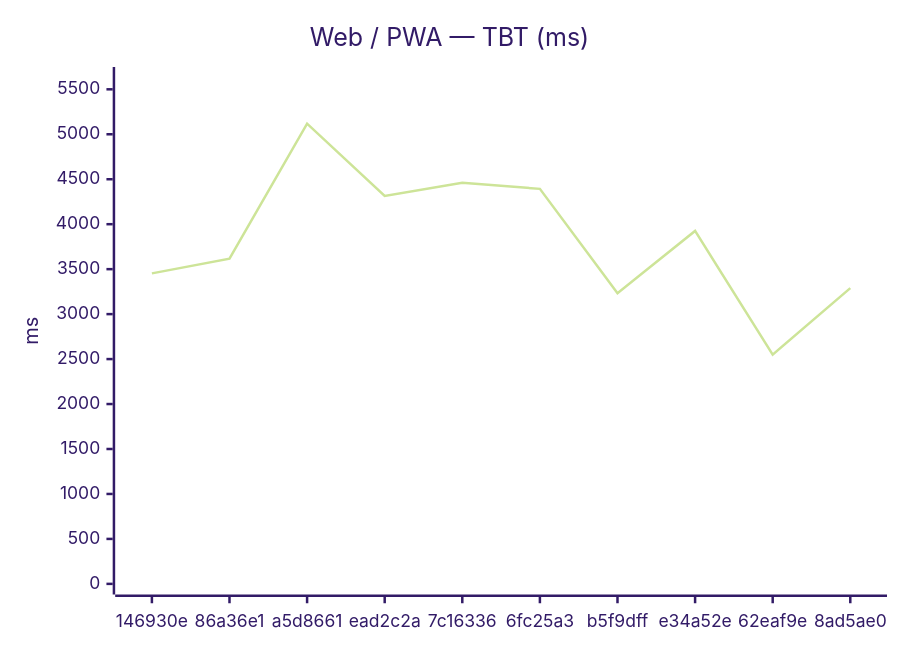
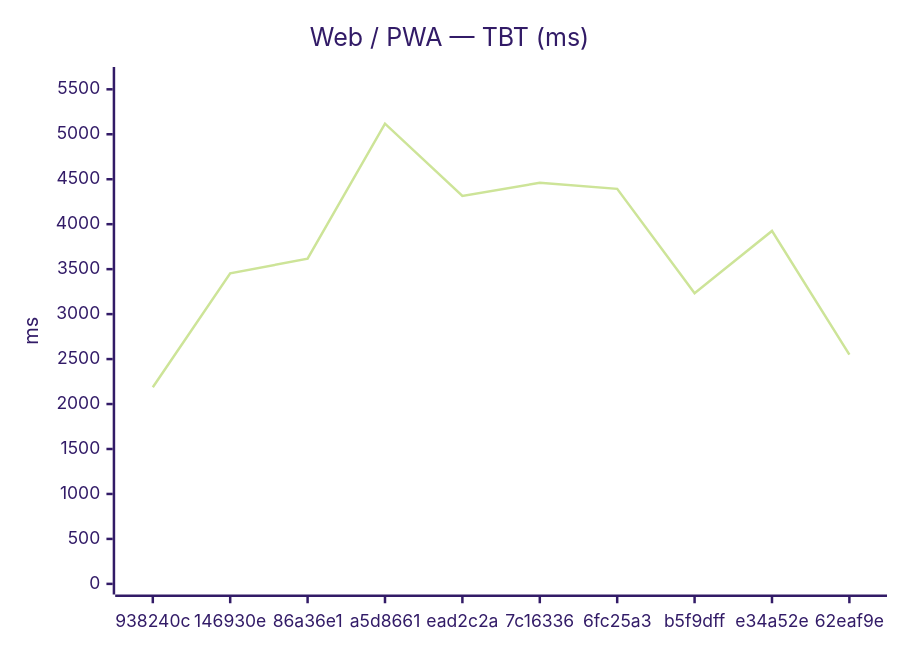
Before and after one commit to Metaheurist/Rianell: the second of 12 diagrams in benchmarks/compare.md, drawn with Mermaid (forest theme). The commit also changed other lines of this file and 8 other files, not shown here.

````diff
--- a/benchmarks/compare.md
+++ b/benchmarks/compare.md
@@ -31,7 +31,7 @@
 ```mermaid
 xychart-beta
     title "Web / PWA — TBT (ms)"
-    x-axis ["146930e", "86a36e1", "a5d8661", "ead2c2a", "7c16336", "6fc25a3", "b5f9dff", "e34a52e", "62eaf9e", "8ad5ae0"]
+    x-axis ["938240c", "146930e", "86a36e1", "a5d8661", "ead2c2a", "7c16336", "6fc25a3", "b5f9dff", "e34a52e", "62eaf9e"]
     y-axis "ms" 0 --> 5630
-    line [3453, 3617, 5118, 4315, 4460, 4393, 3233, 3925, 2549, 3289]
+    line [2187, 3453, 3617, 5118, 4315, 4460, 4393, 3233, 3925, 2549]
 ```
````
